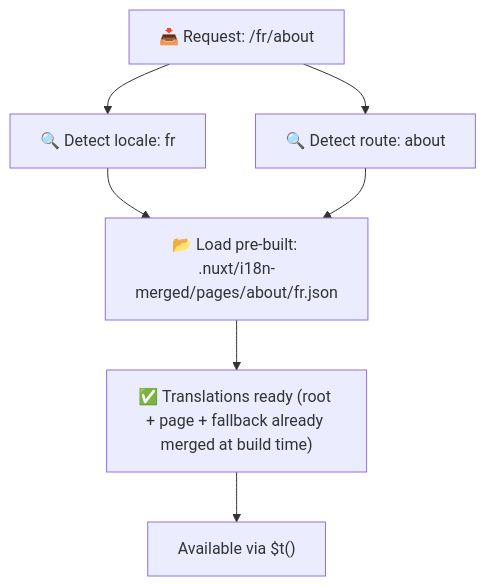
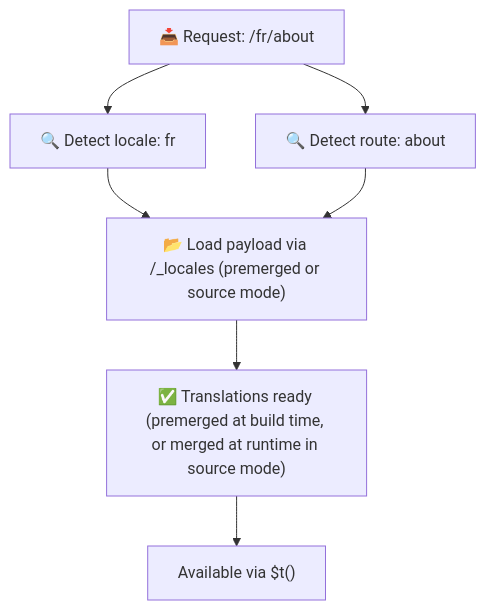
Before and after one commit to s00d/nuxt-i18n-micro: the diagram in docs/guide/folder-structure.md, drawn with Mermaid. The commit also changed other lines of this file and 21 other files, not shown here.

````diff
--- a/docs/guide/folder-structure.md
+++ b/docs/guide/folder-structure.md
@@ -143,12 +145,12 @@
 ```mermaid
 flowchart TB
     A["📥 Request: /fr/about"] --> B["🔍 Detect locale: fr"]
     A --> C["🔍 Detect route: about"]
     
-    B --> D["📂 Load pre-built: .nuxt/i18n-merged/pages/about/fr.json"]
+    B --> D["📂 Load payload via /_locales (premerged or source mode)"]
     C --> D
     
-    D --> E["✅ Translations ready (root + page + fallback already merged at build time)"]
+    D --> E["✅ Translations ready (premerged at build time, or merged at runtime in source mode)"]
     
     E --> F["Available via $t()"]
 ```
````
